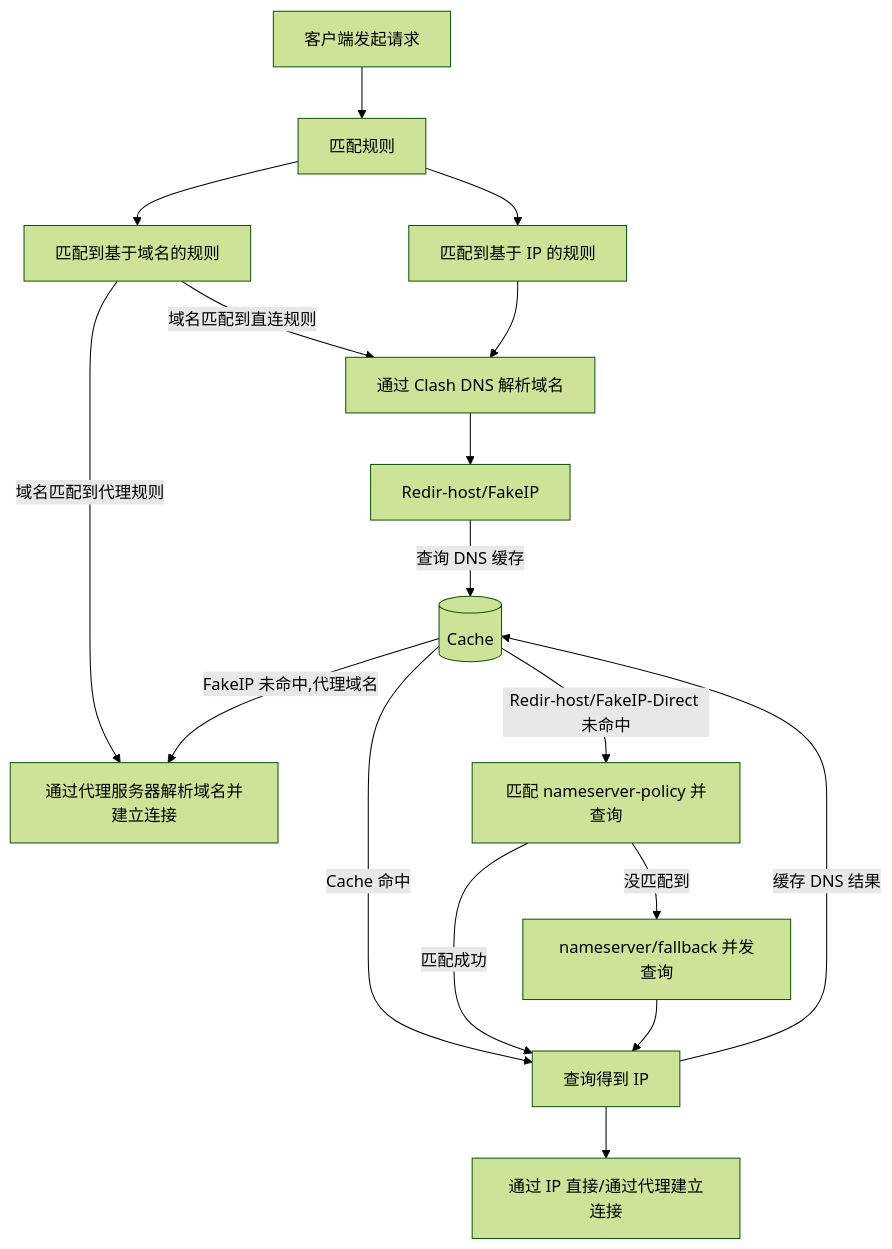
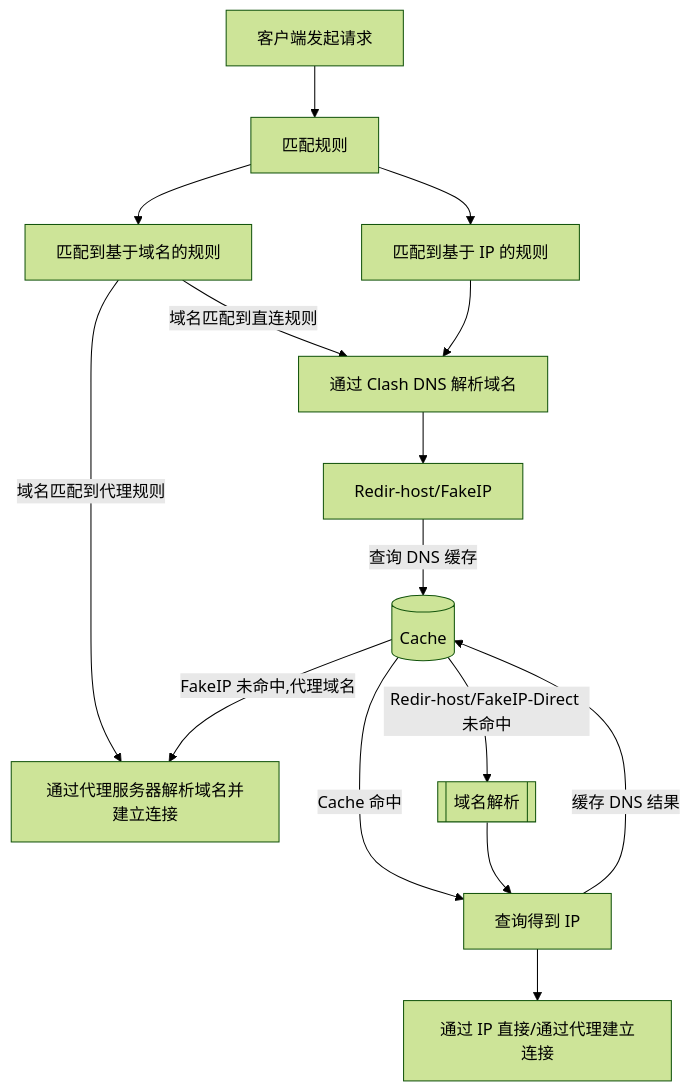
The first of 2 diagrams in docs/config/dns/diagram.md (MetaCubeX/Meta-Docs), drawn with Mermaid (forest theme) before and after one commit. The commit also changed other lines of this file and 3 other files, not shown here.

Commit message:
Update dns:index/diagram (#74)

````diff
--- a/docs/config/dns/diagram.md
+++ b/docs/config/dns/diagram.md
@@ -24,29 +29,23 @@
 ```mermaid
 flowchart TD
   Start[客户端发起请求] --> rule[匹配规则]
   rule -->  Domain[匹配到基于域名的规则]
   rule --> IP[匹配到基于 IP 的规则]
 
-  Domain --> |域名匹配到直连规则|DNS
+  Domain -- 域名匹配到直连规则 --> DNS
   IP --> DNS[通过 Clash DNS 解析域名]
 
+  DNS --> Redir-host/FakeIP
+  Redir-host/FakeIP -- 查询 DNS 缓存 --> Cache
 
-  Domain --> |域名匹配到代理规则|Remote[通过代理服务器解析域名并建立连接]
+  Domain -- 域名匹配到代理规则 --> Remote[通过代理服务器解析域名并建立连接]
 
-  Cache --> |Redir-host/FakeIP-Direct 未命中|NS[匹配 nameserver-policy 并查询 ]
-  Cache --> |Cache 命中|Get
-  Cache --> |FakeIP 未命中,代理域名|Remote
+  Cache -- Redir-host/FakeIP-Direct 未命中 --> DnsResolve[[域名解析]]
+  Cache -- Cache 命中 --> Get
+  Cache -- FakeIP 未命中,代理域名 --> Remote
 
-  NS --> |匹配成功| Get[将查询到的 IP 用于匹配 IP 规则]
-  NS --> |没匹配到| NF[nameserver/fallback 并发查询]
-
-  NF --> Get[查询得到 IP]
-  Get --> |缓存 DNS 结果|Cache[(Cache)]
-  Get --> S[通过 IP 直接/通过代理建立连接]
-
-  DNS --> Redir-host/FakeIP
-  Redir-host/FakeIP --> |查询 DNS 缓存|Cache
-
-
+  DnsResolve --> Get[查询得到 IP]
+  Get -- 缓存 DNS 结果 --> Cache[(Cache)]
+  Get --> End[通过 IP 直接/通过代理建立连接]
 
 ```
````
